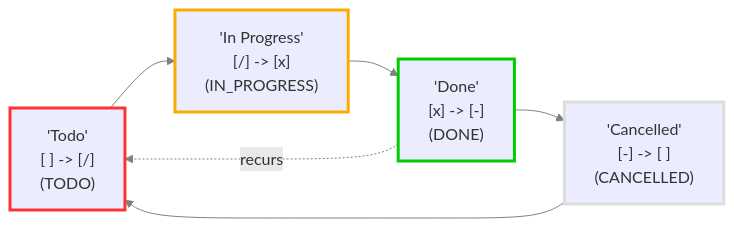
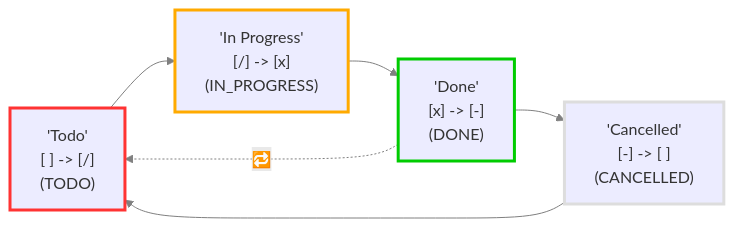
One commit to jincechen/obsidian-tasks changed the second of 3 diagrams in docs/Getting Started/Statuses/Recurring Tasks and Custom Statuses.md. Above: the diagram before and after it, drawn with Mermaid. The commit also changed other lines of this file and 8 other files, not shown here.

````diff
--- a/docs/Getting Started/Statuses/Recurring Tasks and Custom Statuses.md
+++ b/docs/Getting Started/Statuses/Recurring Tasks and Custom Statuses.md
@@ -121,22 +121,22 @@
 ```mermaid
 flowchart LR
 
 classDef TODO        stroke:#f33,stroke-width:3px;
 classDef DONE        stroke:#0c0,stroke-width:3px;
 classDef IN_PROGRESS stroke:#fa0,stroke-width:3px;
 classDef CANCELLED   stroke:#ddd,stroke-width:3px;
 classDef NON_TASK    stroke:#99e,stroke-width:3px;
 classDef ON_HOLD     stroke:#00f,stroke-width:3px;
 
 1["'Todo'<br>[ ] -> [/]<br>(TODO)"]:::TODO
 2["'Done'<br>[x] -> [-]<br>(DONE)"]:::DONE
 3["'In Progress'<br>[/] -> [x]<br>(IN_PROGRESS)"]:::IN_PROGRESS
 4["'Cancelled'<br>[-] -> [ ]<br>(CANCELLED)"]:::CANCELLED
 1 --> 3
 2 --> 4
-2-. "recurs" .-> 1
+2-. "🔁" .-> 1
 3 --> 2
 4 --> 1
 
 linkStyle default stroke:gray
 ```
````
